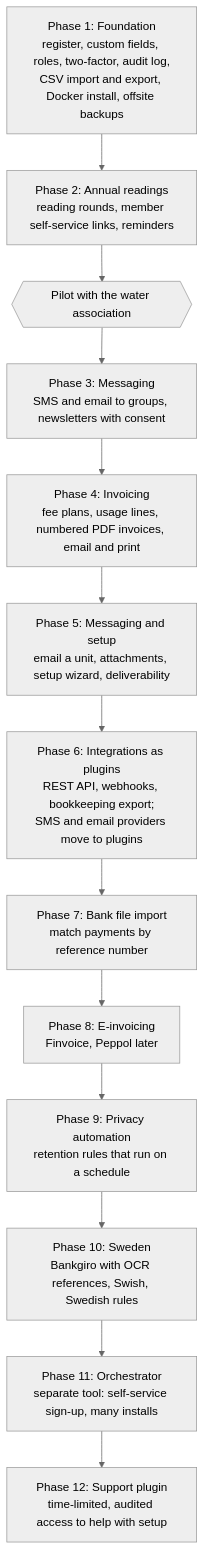
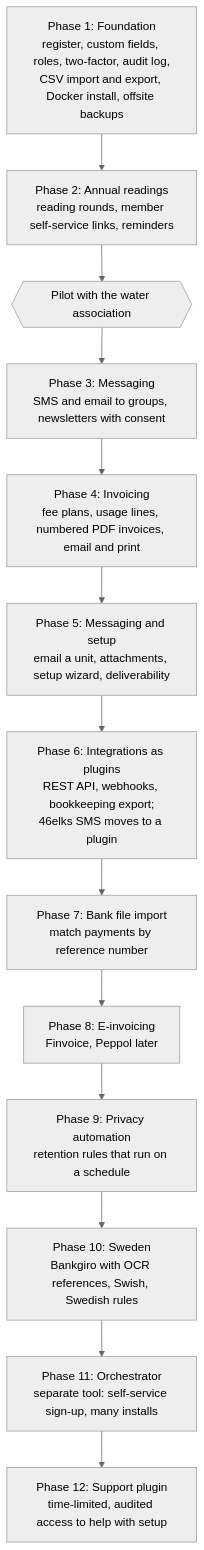
One commit to savv3/Metra changed the second of 2 diagrams in docs/architecture.md. Above: the diagram before and after it, drawn with Mermaid (neutral theme). The commit also changed other lines of this file, not shown here.

First line of the commit message:
Add the phase 6 build plan: integrations as plugins

````diff
--- a/docs/architecture.md
+++ b/docs/architecture.md
@@ -155,17 +155,17 @@
 ```mermaid
 flowchart TD
     p1[Phase 1: Foundation<br/>register, custom fields, roles, two-factor, audit log,<br/>CSV import and export, Docker install, offsite backups]
     p2[Phase 2: Annual readings<br/>reading rounds, member self-service links, reminders]
     gate{{Pilot with the water association}}
     p3[Phase 3: Messaging<br/>SMS and email to groups, newsletters with consent]
     p4[Phase 4: Invoicing<br/>fee plans, usage lines, numbered PDF invoices, email and print]
     p5[Phase 5: Messaging and setup<br/>email a unit, attachments, setup wizard, deliverability]
-    p6[Phase 6: Integrations as plugins<br/>REST API, webhooks, bookkeeping export;<br/>SMS and email providers move to plugins]
+    p6[Phase 6: Integrations as plugins<br/>REST API, webhooks, bookkeeping export;<br/>46elks SMS moves to a plugin]
     p7[Phase 7: Bank file import<br/>match payments by reference number]
     p8[Phase 8: E-invoicing<br/>Finvoice, Peppol later]
     p9[Phase 9: Privacy automation<br/>retention rules that run on a schedule]
     p10[Phase 10: Sweden<br/>Bankgiro with OCR references, Swish, Swedish rules]
     p11[Phase 11: Orchestrator<br/>separate tool: self-service sign-up, many installs]
     p12[Phase 12: Support plugin<br/>time-limited, audited access to help with setup]
     p1 --> p2 --> gate --> p3 --> p4 --> p5 --> p6 --> p7 --> p8 --> p9 --> p10 --> p11 --> p12
 ```
````
